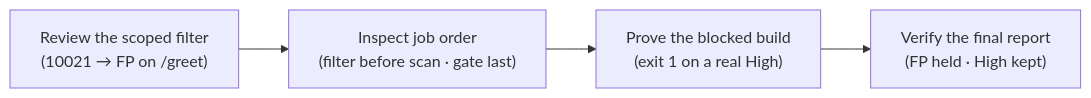
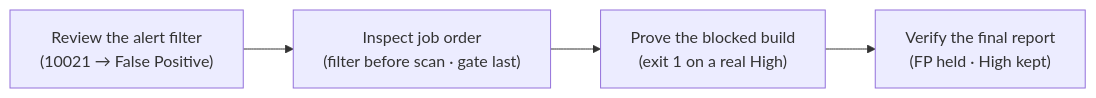
One commit to rupeshtiwari/pluralsight-script-development-with-zap changed the diagram in demos/module2-demos/m2-demo3-security-quality-gates/README.md. Above: the diagram before and after it, drawn with Mermaid. The commit also changed other lines of this file and 10 other files, not shown here.

````diff
--- a/demos/module2-demos/m2-demo3-security-quality-gates/README.md
+++ b/demos/module2-demos/m2-demo3-security-quality-gates/README.md
@@ -57,8 +57,8 @@
 ```mermaid
 flowchart LR
-  S1["Review the scoped filter<br/>(10021 → FP on /greet)"]
+  S1["Review the alert filter<br/>(10021 → False Positive)"]
   S2["Inspect job order<br/>(filter before scan · gate last)"]
   S3["Prove the blocked build<br/>(exit 1 on a real High)"]
   S4["Verify the final report<br/>(FP held · High kept)"]
   S1 --> S2 --> S3 --> S4
 ```
````
